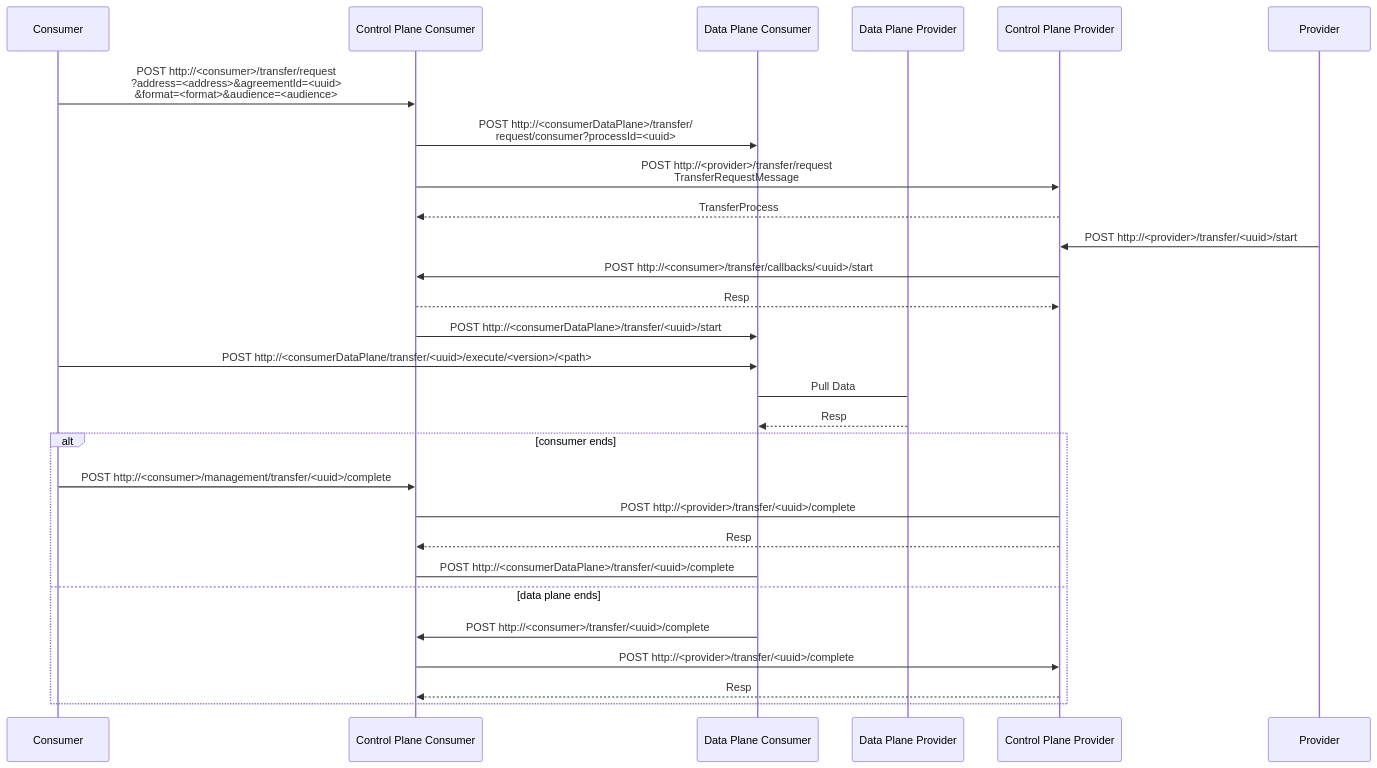
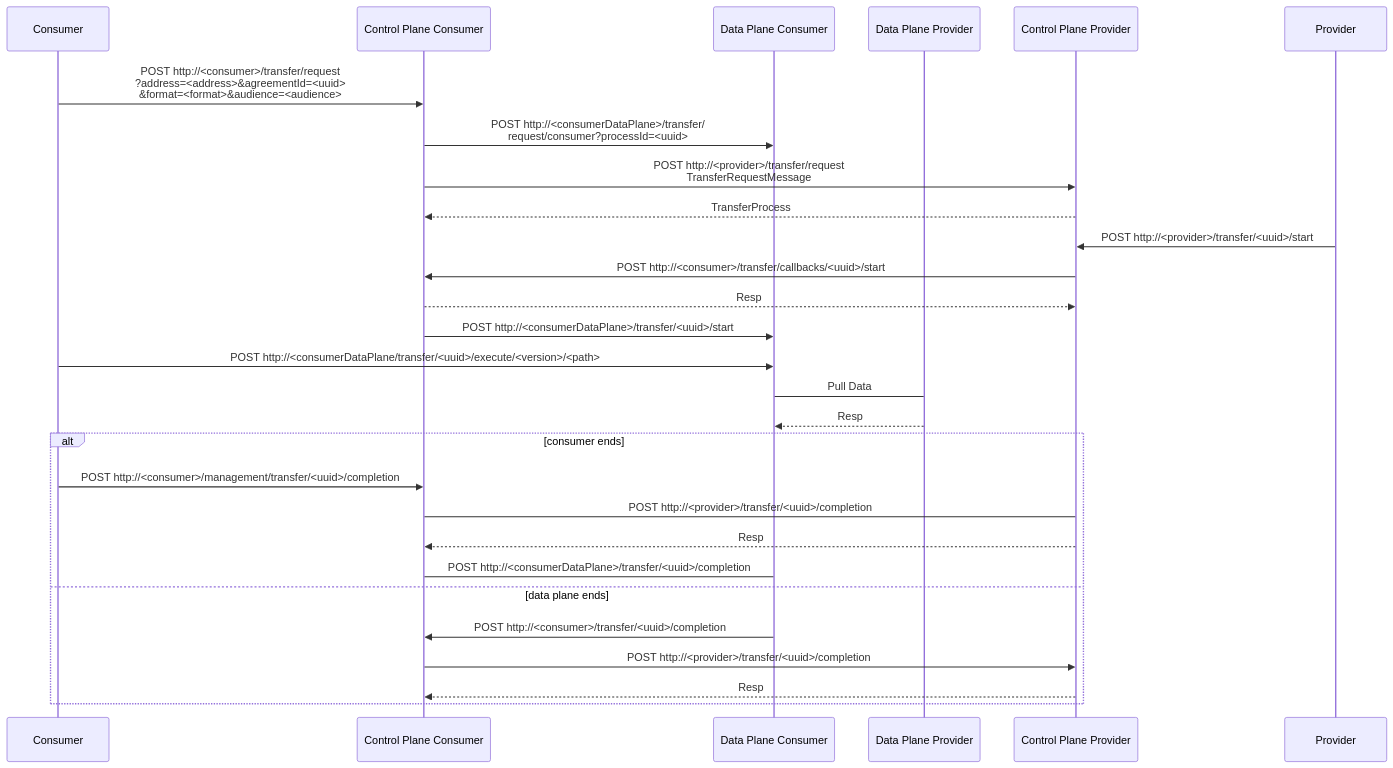
One commit to ragunath1242001/tsg_semantic_observability-demo changed the fifth of 5 diagrams in website/docs/apps/control-plane/architecture/process.md. Above: the diagram before and after it, drawn with Mermaid. The commit also changed 97 other files, not shown here.

````diff
--- a/website/docs/apps/control-plane/architecture/process.md
+++ b/website/docs/apps/control-plane/architecture/process.md
@@ -122,31 +122,31 @@
 ```mermaid
 sequenceDiagram
 Participant C as Consumer
 Participant CPC as Control Plane Consumer
 Participant DPC as Data Plane Consumer
 Participant DPP as Data Plane Provider
 Participant CPP as Control Plane Provider
 Participant P as Provider
 
 C->>CPC: POST http://<consumer>/transfer/request<br>?address=<address>&agreementId=<uuid><br>&format=<format>&audience=<audience>
 CPC->>DPC: POST http://<consumerDataPlane>/transfer/<br>request/consumer?processId=<uuid>
 CPC->>CPP: POST http://<provider>/transfer/request <br> TransferRequestMessage
 CPP-->>CPC: TransferProcess
 P->>CPP: POST http://<provider>/transfer/<uuid>/start
 CPP->>CPC: POST http://<consumer>/transfer/callbacks/<uuid>/start
 CPC-->>CPP: Resp
 CPC->>DPC: POST http://<consumerDataPlane>/transfer/<uuid>/start
 C->>DPC: POST http://<consumerDataPlane/transfer/<uuid>/execute/<version>/<path>
 DPC->DPP: Pull Data
 DPP-->>DPC: Resp
 alt consumer ends
-C->>CPC: POST http://<consumer>/management/transfer/<uuid>/complete
-CPC->CPP: POST http://<provider>/transfer/<uuid>/complete
+C->>CPC: POST http://<consumer>/management/transfer/<uuid>/completion
+CPC->CPP: POST http://<provider>/transfer/<uuid>/completion
 CPP-->>CPC: Resp
-CPC->DPC: POST http://<consumerDataPlane>/transfer/<uuid>/complete
+CPC->DPC: POST http://<consumerDataPlane>/transfer/<uuid>/completion
 else data plane ends
-DPC->>CPC: POST http://<consumer>/transfer/<uuid>/complete
-CPC->>CPP: POST http://<provider>/transfer/<uuid>/complete
+DPC->>CPC: POST http://<consumer>/transfer/<uuid>/completion
+CPC->>CPP: POST http://<provider>/transfer/<uuid>/completion
 CPP-->>CPC: Resp
 end
 ```
````
